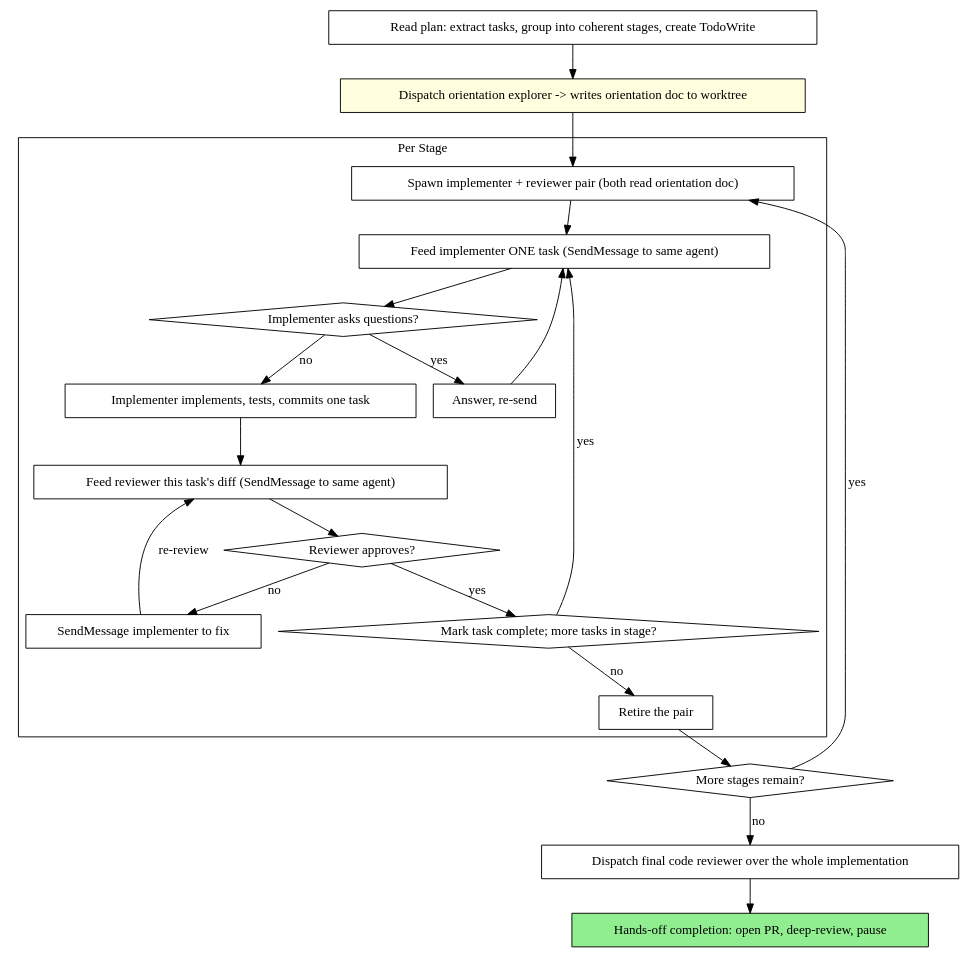
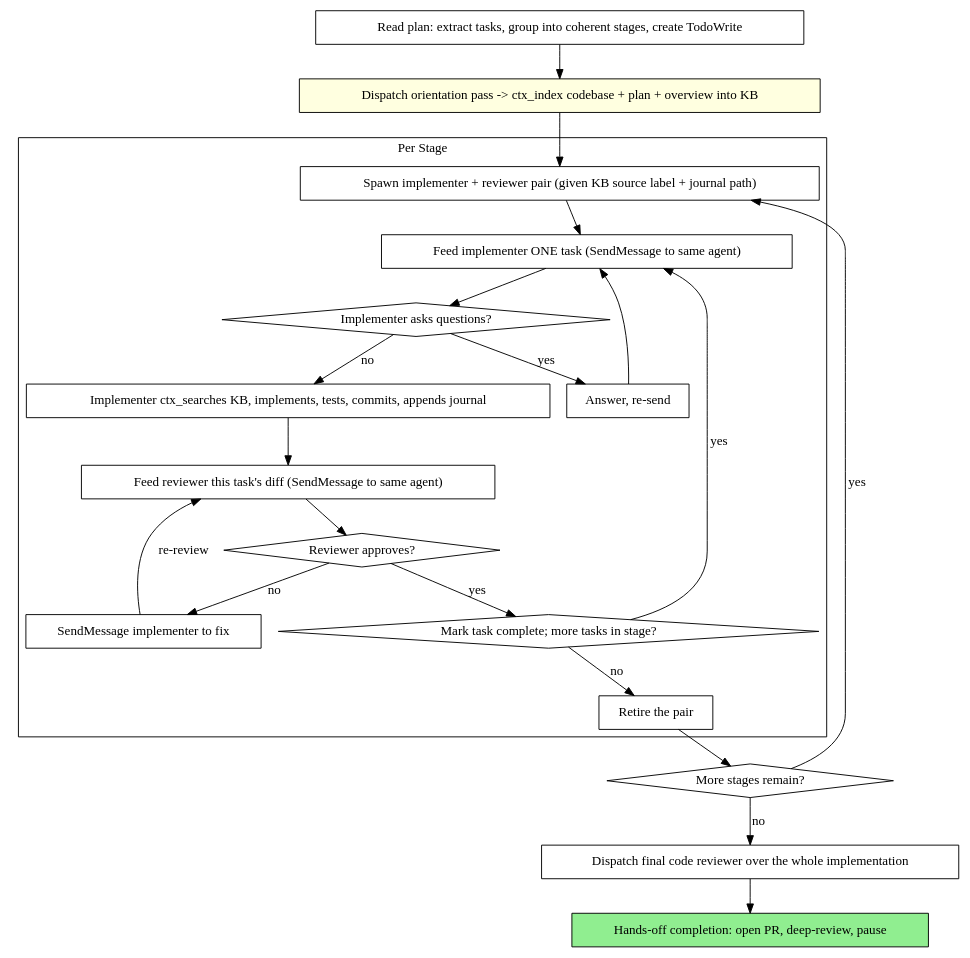
Before and after one commit to iamsdas/agent-skills: the second of 2 diagrams in development/skills/subagent-driven-development/SKILL.md, drawn with Graphviz. The commit also changed other lines of this file and 3 other files, not shown here.

````diff
--- a/development/skills/subagent-driven-development/SKILL.md
+++ b/development/skills/subagent-driven-development/SKILL.md
@@ -46,45 +48,45 @@
 ```dot
 digraph process {
     rankdir=TB;
 
     "Read plan: extract tasks, group into coherent stages, create TodoWrite" [shape=box];
-    "Dispatch orientation explorer -> writes orientation doc to worktree" [shape=box style=filled fillcolor=lightyellow];
+    "Dispatch orientation pass -> ctx_index codebase + plan + overview into KB" [shape=box style=filled fillcolor=lightyellow];
 
     subgraph cluster_per_stage {
         label="Per Stage";
-        "Spawn implementer + reviewer pair (both read orientation doc)" [shape=box];
+        "Spawn implementer + reviewer pair (given KB source label + journal path)" [shape=box];
         "Feed implementer ONE task (SendMessage to same agent)" [shape=box];
         "Implementer asks questions?" [shape=diamond];
         "Answer, re-send" [shape=box];
-        "Implementer implements, tests, commits one task" [shape=box];
+        "Implementer ctx_searches KB, implements, tests, commits, appends journal" [shape=box];
         "Feed reviewer this task's diff (SendMessage to same agent)" [shape=box];
         "Reviewer approves?" [shape=diamond];
         "SendMessage implementer to fix" [shape=box];
         "Mark task complete; more tasks in stage?" [shape=diamond];
         "Retire the pair" [shape=box];
     }
 
     "More stages remain?" [shape=diamond];
     "Dispatch final code reviewer over the whole implementation" [shape=box];
     "Hands-off completion: open PR, deep-review, pause" [shape=box style=filled fillcolor=lightgreen];
 
-    "Read plan: extract tasks, group into coherent stages, create TodoWrite" -> "Dispatch orientation explorer -> writes orientation doc to worktree";
-    "Dispatch orientation explorer -> writes orientation doc to worktree" -> "Spawn implementer + reviewer pair (both read orientation doc)";
-    "Spawn implementer + reviewer pair (both read orientation doc)" -> "Feed implementer ONE task (SendMessage to same agent)";
+    "Read plan: extract tasks, group into coherent stages, create TodoWrite" -> "Dispatch orientation pass -> ctx_index codebase + plan + overview into KB";
+    "Dispatch orientation pass -> ctx_index codebase + plan + overview into KB" -> "Spawn implementer + reviewer pair (given KB source label + journal path)";
+    "Spawn implementer + reviewer pair (given KB source label + journal path)" -> "Feed implementer ONE task (SendMessage to same agent)";
     "Feed implementer ONE task (SendMessage to same agent)" -> "Implementer asks questions?";
     "Implementer asks questions?" -> "Answer, re-send" [label="yes"];
     "Answer, re-send" -> "Feed implementer ONE task (SendMessage to same agent)";
-    "Implementer asks questions?" -> "Implementer implements, tests, commits one task" [label="no"];
-    "Implementer implements, tests, commits one task" -> "Feed reviewer this task's diff (SendMessage to same agent)";
+    "Implementer asks questions?" -> "Implementer ctx_searches KB, implements, tests, commits, appends journal" [label="no"];
+    "Implementer ctx_searches KB, implements, tests, commits, appends journal" -> "Feed reviewer this task's diff (SendMessage to same agent)";
     "Feed reviewer this task's diff (SendMessage to same agent)" -> "Reviewer approves?";
     "Reviewer approves?" -> "SendMessage implementer to fix" [label="no"];
     "SendMessage implementer to fix" -> "Feed reviewer this task's diff (SendMessage to same agent)" [label="re-review"];
     "Reviewer approves?" -> "Mark task complete; more tasks in stage?" [label="yes"];
     "Mark task complete; more tasks in stage?" -> "Feed implementer ONE task (SendMessage to same agent)" [label="yes"];
     "Mark task complete; more tasks in stage?" -> "Retire the pair" [label="no"];
     "Retire the pair" -> "More stages remain?";
-    "More stages remain?" -> "Spawn implementer + reviewer pair (both read orientation doc)" [label="yes"];
+    "More stages remain?" -> "Spawn implementer + reviewer pair (given KB source label + journal path)" [label="yes"];
     "More stages remain?" -> "Dispatch final code reviewer over the whole implementation" [label="no"];
     "Dispatch final code reviewer over the whole implementation" -> "Hands-off completion: open PR, deep-review, pause";
 }
 ```
````
